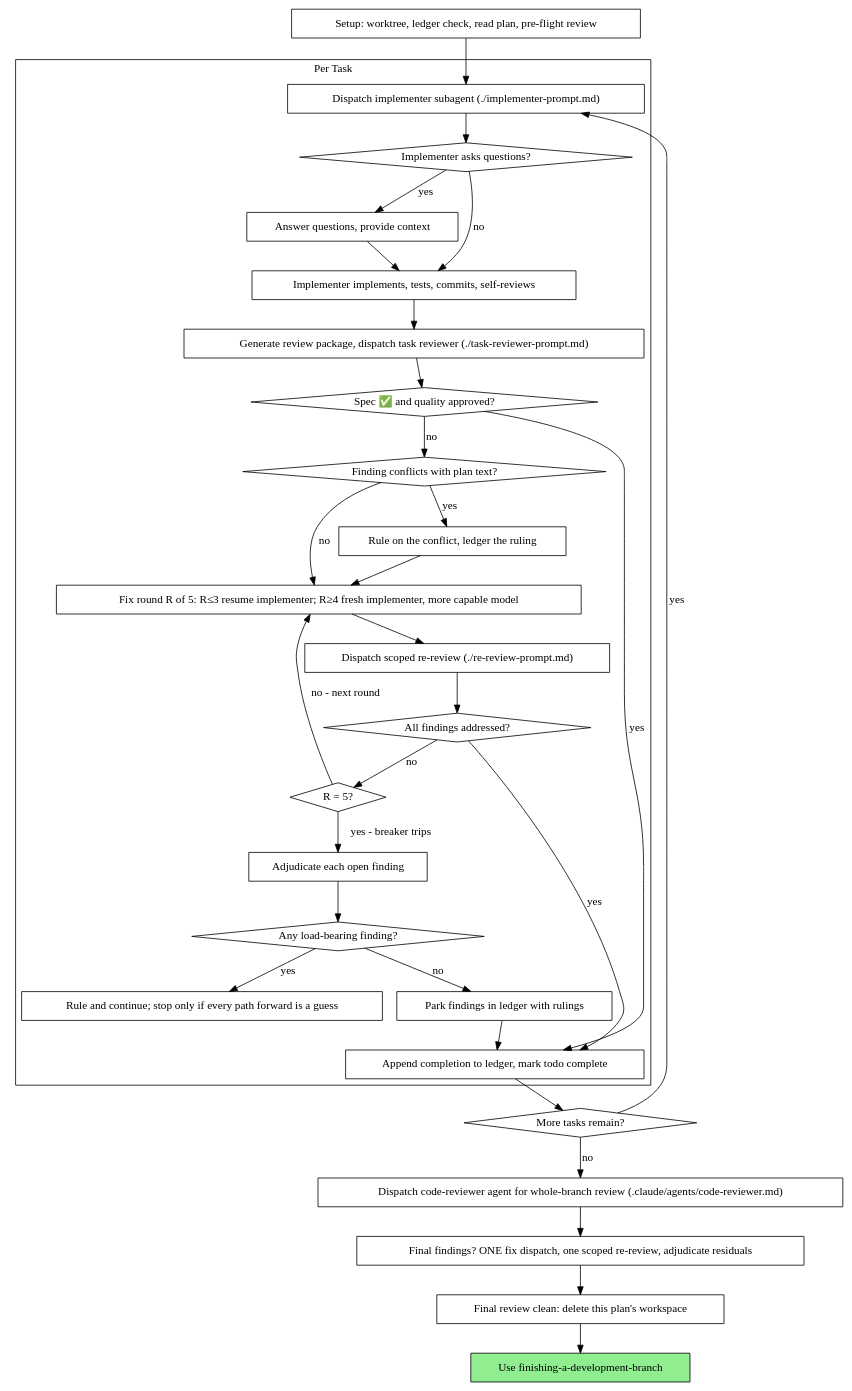
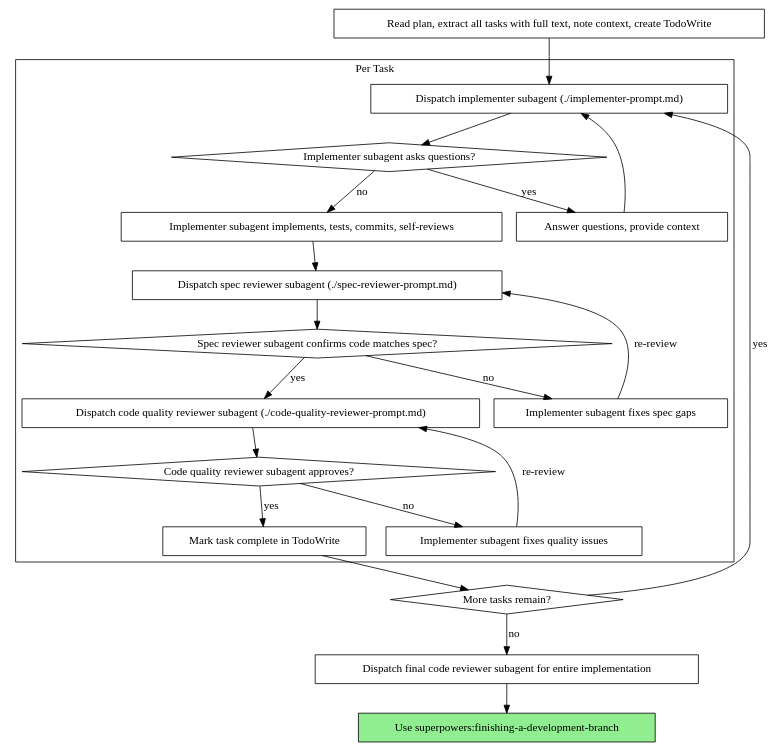
One commit to gmtestandreview/portalsample changed the second of 2 diagrams in skills/subagent-driven-development/SKILL.md. Above: the diagram before and after it, drawn with Graphviz. The commit also changed other lines of this file and 220 other files, not shown here.

````diff
--- a/skills/subagent-driven-development/SKILL.md
+++ b/skills/subagent-driven-development/SKILL.md
@@ -62,62 +40,44 @@
 ```dot
 digraph process {
     rankdir=TB;
 
     subgraph cluster_per_task {
         label="Per Task";
         "Dispatch implementer subagent (./implementer-prompt.md)" [shape=box];
-        "Implementer asks questions?" [shape=diamond];
+        "Implementer subagent asks questions?" [shape=diamond];
         "Answer questions, provide context" [shape=box];
-        "Implementer implements, tests, commits, self-reviews" [shape=box];
-        "Generate review package, dispatch task reviewer (./task-reviewer-prompt.md)" [shape=box];
-        "Spec ✅ and quality approved?" [shape=diamond];
-        "Finding conflicts with plan text?" [shape=diamond];
-        "Rule on the conflict, ledger the ruling" [shape=box];
-        "Fix round R of 5: R≤3 resume implementer; R≥4 fresh implementer, more capable model" [shape=box];
-        "Dispatch scoped re-review (./re-review-prompt.md)" [shape=box];
-        "All findings addressed?" [shape=diamond];
-        "R = 5?" [shape=diamond];
-        "Adjudicate each open finding" [shape=box];
-        "Any load-bearing finding?" [shape=diamond];
-        "Rule and continue; stop only if every path forward is a guess" [shape=box];
-        "Park findings in ledger with rulings" [shape=box];
-        "Append completion to ledger, mark todo complete" [shape=box];
+        "Implementer subagent implements, tests, commits, self-reviews" [shape=box];
+        "Dispatch spec reviewer subagent (./spec-reviewer-prompt.md)" [shape=box];
+        "Spec reviewer subagent confirms code matches spec?" [shape=diamond];
+        "Implementer subagent fixes spec gaps" [shape=box];
+        "Dispatch code quality reviewer subagent (./code-quality-reviewer-prompt.md)" [shape=box];
+        "Code quality reviewer subagent approves?" [shape=diamond];
+        "Implementer subagent fixes quality issues" [shape=box];
+        "Mark task complete in TodoWrite" [shape=box];
     }
 
-    "Setup: worktree, ledger check, read plan, pre-flight review" [shape=box];
+    "Read plan, extract all tasks with full text, note context, create TodoWrite" [shape=box];
     "More tasks remain?" [shape=diamond];
-    "Dispatch code-reviewer agent for whole-branch review (.claude/agents/code-reviewer.md)" [shape=box];
-    "Final findings? ONE fix dispatch, one scoped re-review, adjudicate residuals" [shape=box];
-    "Final review clean: delete this plan's workspace" [shape=box];
-    "Use finishing-a-development-branch" [shape=box style=filled fillcolor=lightgreen];
+    "Dispatch final code reviewer subagent for entire implementation" [shape=box];
+    "Use superpowers:finishing-a-development-branch" [shape=box style=filled fillcolor=lightgreen];
 
-    "Setup: worktree, ledger check, read plan, pre-flight review" -> "Dispatch implementer subagent (./implementer-prompt.md)";
-    "Dispatch implementer subagent (./implementer-prompt.md)" -> "Implementer asks questions?";
-    "Implementer asks questions?" -> "Answer questions, provide context" [label="yes"];
-    "Answer questions, provide context" -> "Implementer implements, tests, commits, self-reviews";
-    "Implementer asks questions?" -> "Implementer implements, tests, commits, self-reviews" [label="no"];
-    "Implementer implements, tests, commits, self-reviews" -> "Generate review package, dispatch task reviewer (./task-reviewer-prompt.md)";
-    "Generate review package, dispatch task reviewer (./task-reviewer-prompt.md)" -> "Spec ✅ and quality approved?";
-    "Spec ✅ and quality approved?" -> "Append completion to ledger, mark todo complete" [label="yes"];
-    "Spec ✅ and quality approved?" -> "Finding conflicts with plan text?" [label="no"];
-    "Finding conflicts with plan text?" -> "Rule on the conflict, ledger the ruling" [label="yes"];
-    "Rule on the conflict, ledger the ruling" -> "Fix round R of 5: R≤3 resume implementer; R≥4 fresh implementer, more capable model";
-    "Finding conflicts with plan text?" -> "Fix round R of 5: R≤3 resume implementer; R≥4 fresh implementer, more capable model" [label="no"];
-    "Fix round R of 5: R≤3 resume implementer; R≥4 fresh implementer, more capable model" -> "Dispatch scoped re-review (./re-review-prompt.md)";
-    "Dispatch scoped re-review (./re-review-prompt.md)" -> "All findings addressed?";
-    "All findings addressed?" -> "Append completion to ledger, mark todo complete" [label="yes"];
-    "All findings addressed?" -> "R = 5?" [label="no"];
-    "R = 5?" -> "Fix round R of 5: R≤3 resume implementer; R≥4 fresh implementer, more capable model" [label="no - next round"];
-    "R = 5?" -> "Adjudicate each open finding" [label="yes - breaker trips"];
-    "Adjudicate each open finding" -> "Any load-bearing finding?";
-    "Any load-bearing finding?" -> "Rule and continue; stop only if every path forward is a guess" [label="yes"];
-    "Any load-bearing finding?" -> "Park findings in ledger with rulings" [label="no"];
-    "Park findings in ledger with rulings" -> "Append completion to ledger, mark todo complete";
-    "Append completion to ledger, mark todo complete" -> "More tasks remain?";
+    "Read plan, extract all tasks with full text, note context, create TodoWrite" -> "Dispatch implementer subagent (./implementer-prompt.md)";
+    "Dispatch implementer subagent (./implementer-prompt.md)" -> "Implementer subagent asks questions?";
+    "Implementer subagent asks questions?" -> "Answer questions, provide context" [label="yes"];
+    "Answer questions, provide context" -> "Dispatch implementer subagent (./implementer-prompt.md)";
+    "Implementer subagent asks questions?" -> "Implementer subagent implements, tests, commits, self-reviews" [label="no"];
+    "Implementer subagent implements, tests, commits, self-reviews" -> "Dispatch spec reviewer subagent (./spec-reviewer-prompt.md)";
+    "Dispatch spec reviewer subagent (./spec-reviewer-prompt.md)" -> "Spec reviewer subagent confirms code matches spec?";
+    "Spec reviewer subagent confirms code matches spec?" -> "Implementer subagent fixes spec gaps" [label="no"];
+    "Implementer subagent fixes spec gaps" -> "Dispatch spec reviewer subagent (./spec-reviewer-prompt.md)" [label="re-review"];
+    "Spec reviewer subagent confirms code matches spec?" -> "Dispatch code quality reviewer subagent (./code-quality-reviewer-prompt.md)" [label="yes"];
+    "Dispatch code quality reviewer subagent (./code-quality-reviewer-prompt.md)" -> "Code quality reviewer subagent approves?";
+    "Code quality reviewer subagent approves?" -> "Implementer subagent fixes quality issues" [label="no"];
+    "Implementer subagent fixes quality issues" -> "Dispatch code quality reviewer subagent (./code-quality-reviewer-prompt.md)" [label="re-review"];
+    "Code quality reviewer subagent approves?" -> "Mark task complete in TodoWrite" [label="yes"];
+    "Mark task complete in TodoWrite" -> "More tasks remain?";
     "More tasks remain?" -> "Dispatch implementer subagent (./implementer-prompt.md)" [label="yes"];
-    "More tasks remain?" -> "Dispatch code-reviewer agent for whole-branch review (.claude/agents/code-reviewer.md)" [label="no"];
-    "Dispatch code-reviewer agent for whole-branch review (.claude/agents/code-reviewer.md)" -> "Final findings? ONE fix dispatch, one scoped re-review, adjudicate residuals";
-    "Final findings? ONE fix dispatch, one scoped re-review, adjudicate residuals" -> "Final review clean: delete this plan's workspace";
-    "Final review clean: delete this plan's workspace" -> "Use finishing-a-development-branch";
+    "More tasks remain?" -> "Dispatch final code reviewer subagent for entire implementation" [label="no"];
+    "Dispatch final code reviewer subagent for entire implementation" -> "Use superpowers:finishing-a-development-branch";
 }
 ```
````
